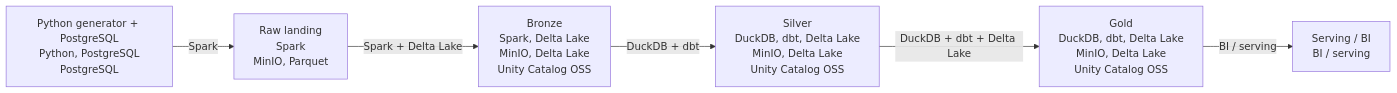
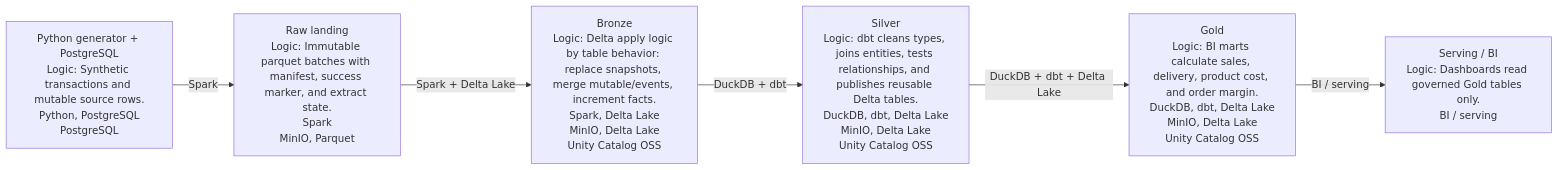
Before and after one commit to AntonMiniazev/ampere_project: the diagram in docs/dataflow/diagrams/project_dataflow.mmd, drawn with Mermaid. The commit also changed 8 other files, not shown here.

```diff
--- a/docs/dataflow/diagrams/project_dataflow.mmd
+++ b/docs/dataflow/diagrams/project_dataflow.mmd
@@ -1,13 +1,13 @@
 flowchart LR
-    L_SOURCE["Python generator + PostgreSQL<br/>Python, PostgreSQL<br/>PostgreSQL"]
-    L_RAW["Raw landing<br/>Spark<br/>MinIO, Parquet"]
-    L_BRONZE["Bronze<br/>Spark, Delta Lake<br/>MinIO, Delta Lake<br/>Unity Catalog OSS"]
-    L_SILVER["Silver<br/>DuckDB, dbt, Delta Lake<br/>MinIO, Delta Lake<br/>Unity Catalog OSS"]
-    L_GOLD["Gold<br/>DuckDB, dbt, Delta Lake<br/>MinIO, Delta Lake<br/>Unity Catalog OSS"]
-    L_SERVING["Serving / BI<br/>BI / serving"]
+    L_SOURCE["Python generator + PostgreSQL<br/>Logic: Synthetic transactions and mutable source rows.<br/>Python, PostgreSQL<br/>PostgreSQL"]
+    L_RAW["Raw landing<br/>Logic: Immutable parquet batches with manifest, success marker, and extract state.<br/>Spark<br/>MinIO, Parquet"]
+    L_BRONZE["Bronze<br/>Logic: Delta apply logic by table behavior: replace snapshots, merge mutable/events, increment facts.<br/>Spark, Delta Lake<br/>MinIO, Delta Lake<br/>Unity Catalog OSS"]
+    L_SILVER["Silver<br/>Logic: dbt cleans types, joins entities, tests relationships, and publishes reusable Delta tables.<br/>DuckDB, dbt, Delta Lake<br/>MinIO, Delta Lake<br/>Unity Catalog OSS"]
+    L_GOLD["Gold<br/>Logic: BI marts calculate sales, delivery, product cost, and order margin.<br/>DuckDB, dbt, Delta Lake<br/>MinIO, Delta Lake<br/>Unity Catalog OSS"]
+    L_SERVING["Serving / BI<br/>Logic: Dashboards read governed Gold tables only.<br/>BI / serving"]
 
     L_SOURCE -->|"Spark"| L_RAW
     L_RAW -->|"Spark + Delta Lake"| L_BRONZE
     L_BRONZE -->|"DuckDB + dbt"| L_SILVER
     L_SILVER -->|"DuckDB + dbt + Delta Lake"| L_GOLD
     L_GOLD -->|"BI / serving"| L_SERVING
```
